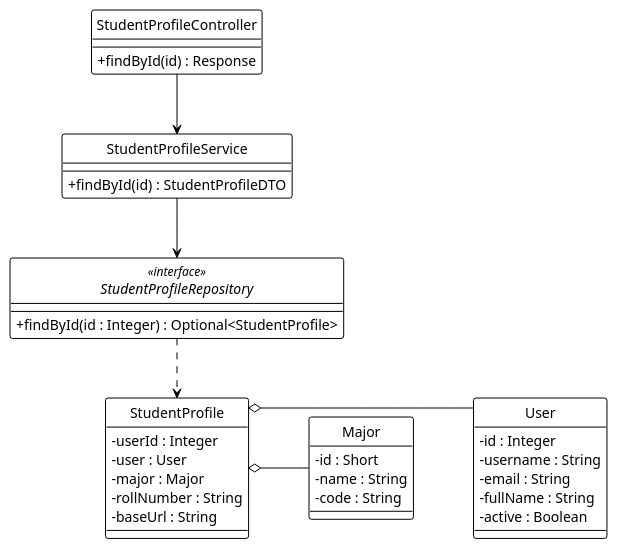
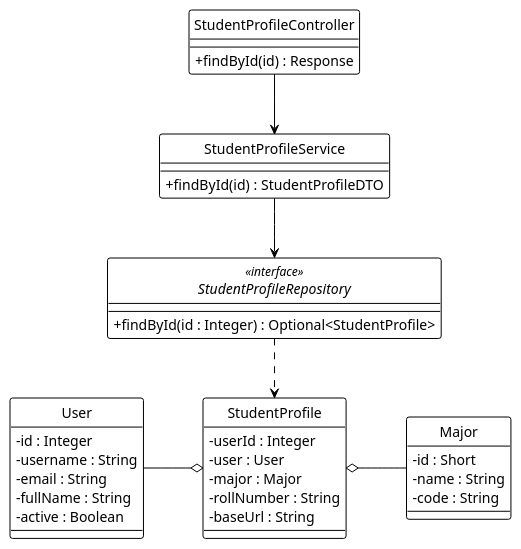
The diagram in system_detailed_design/43_view_student_details/class_diagram_view_student_details.puml (Ndh474/context), drawn with PlantUML before and after one commit. The commit also changed 10 other files, not shown here.

```diff
--- a/system_detailed_design/43_view_student_details/class_diagram_view_student_details.puml
+++ b/system_detailed_design/43_view_student_details/class_diagram_view_student_details.puml
@@ -1,60 +1,60 @@
 @startuml view_student_details
 !theme plain
 hide circle
 skinparam classAttributeIconSize 0
 
 ' --- CẤU HÌNH "ORTHO" (BẮT BUỘC) ---
 skinparam linetype ortho
 skinparam nodesep 60
 skinparam ranksep 60
 
 ' --- CONTROLLER ---
 class StudentProfileController {
   + findById(id) : Response
 }
 
 ' --- SERVICE ---
 class StudentProfileService {
   + findById(id) : StudentProfileDTO
 }
 
 ' --- REPOSITORY ---
 interface StudentProfileRepository <<interface>> {
   + findById(id : Integer) : Optional<StudentProfile>
 }
 
 ' --- ENTITIES ---
 class StudentProfile {
   - userId : Integer
   - user : User
   - major : Major
   - rollNumber : String
   - baseUrl : String
 }
 
 class User {
   - id : Integer
   - username : String
   - email : String
   - fullName : String
   - active : Boolean
 }
 
 class Major {
   - id : Short
   - name : String
   - code : String
 }
 
 ' --- DEPENDENCY INJECTION (Association) ---
 StudentProfileController -down-> StudentProfileService
 StudentProfileService -down-> StudentProfileRepository
 
 ' --- REPOSITORY USAGE (Dependency) ---
 StudentProfileRepository .down.> StudentProfile
 
 ' --- ENTITY RELATIONSHIPS (Aggregation) ---
-StudentProfile o-right- User
+StudentProfile o-left- User
 StudentProfile o-right- Major
 
 @enduml
```
